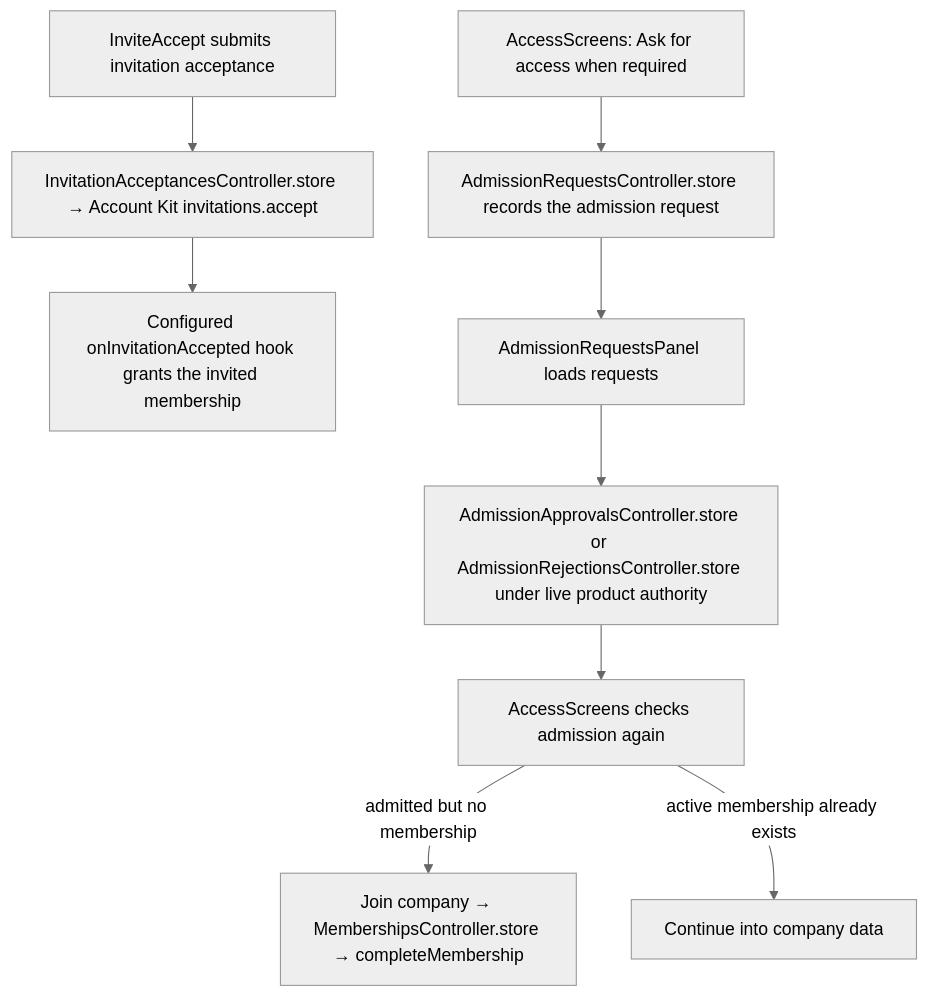
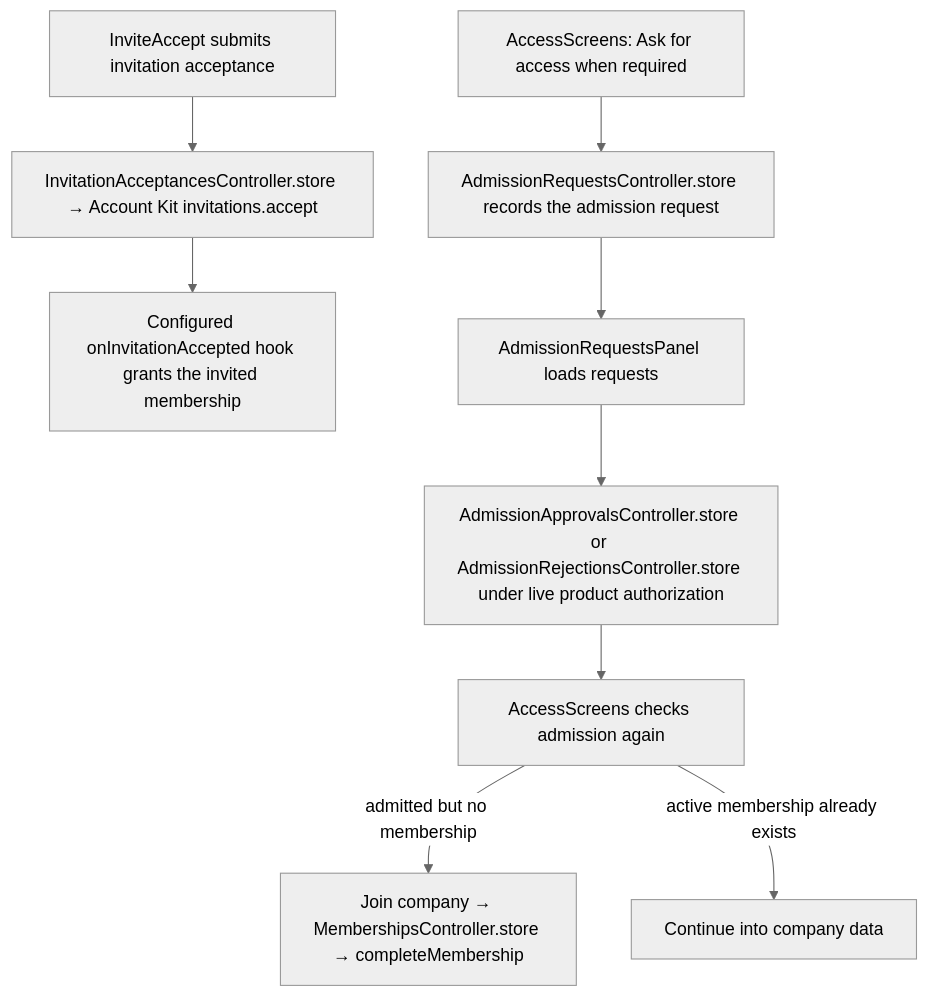
The second of 2 diagrams in user-stories/settings/US-SET-19-company-admission.md (Kevinjohn/capacitylens), drawn with Mermaid (neutral theme) before and after one commit. The commit also changed 5 other files, not shown here.

````diff
--- a/user-stories/settings/US-SET-19-company-admission.md
+++ b/user-stories/settings/US-SET-19-company-admission.md
@@ -27,11 +27,11 @@
 ```mermaid
 flowchart TD
 accept["InviteAccept submits invitation acceptance"] --> kit["InvitationAcceptancesController.store → Account Kit invitations.accept"]
   kit --> hook["Configured onInvitationAccepted hook grants the invited membership"]
   ask["AccessScreens: Ask for access when required"] --> request["AdmissionRequestsController.store records the admission request"]
   request --> panel["AdmissionRequestsPanel loads requests"]
-  panel --> decision["AdmissionApprovalsController.store or AdmissionRejectionsController.store under live product authority"]
+  panel --> decision["AdmissionApprovalsController.store or AdmissionRejectionsController.store under live product authorization"]
   decision --> check["AccessScreens checks admission again"]
   check -->|admitted but no membership| join["Join company → MembershipsController.store → completeMembership"]
   check -->|active membership already exists| open["Continue into company data"]
 ```
````
